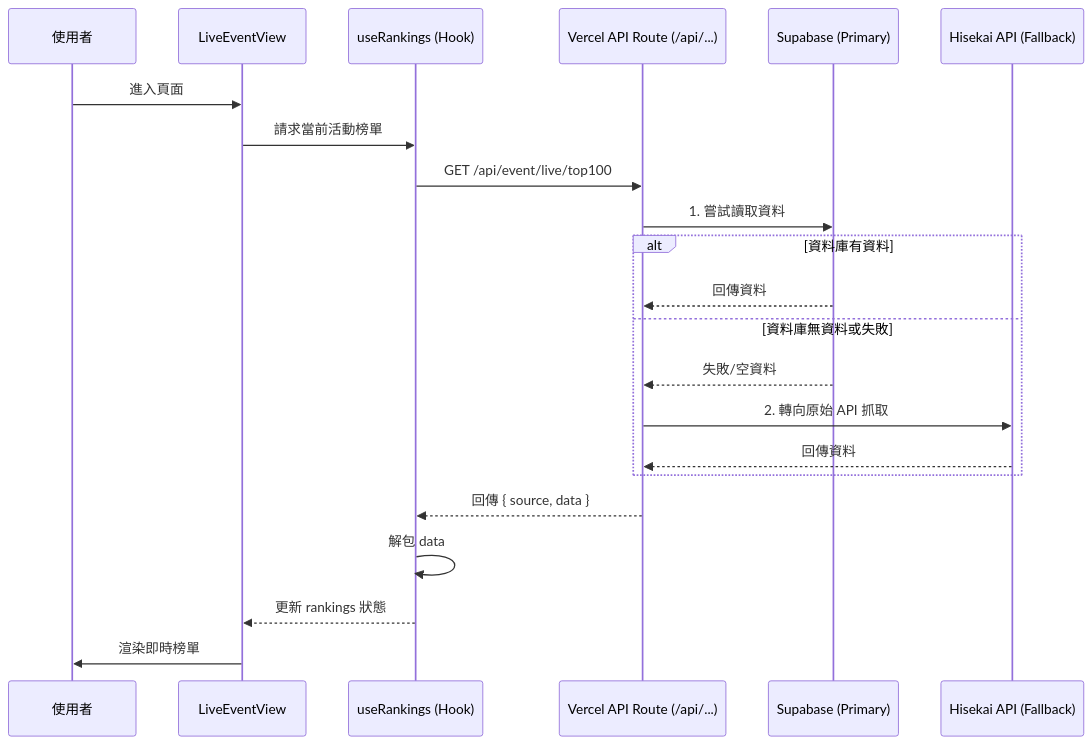
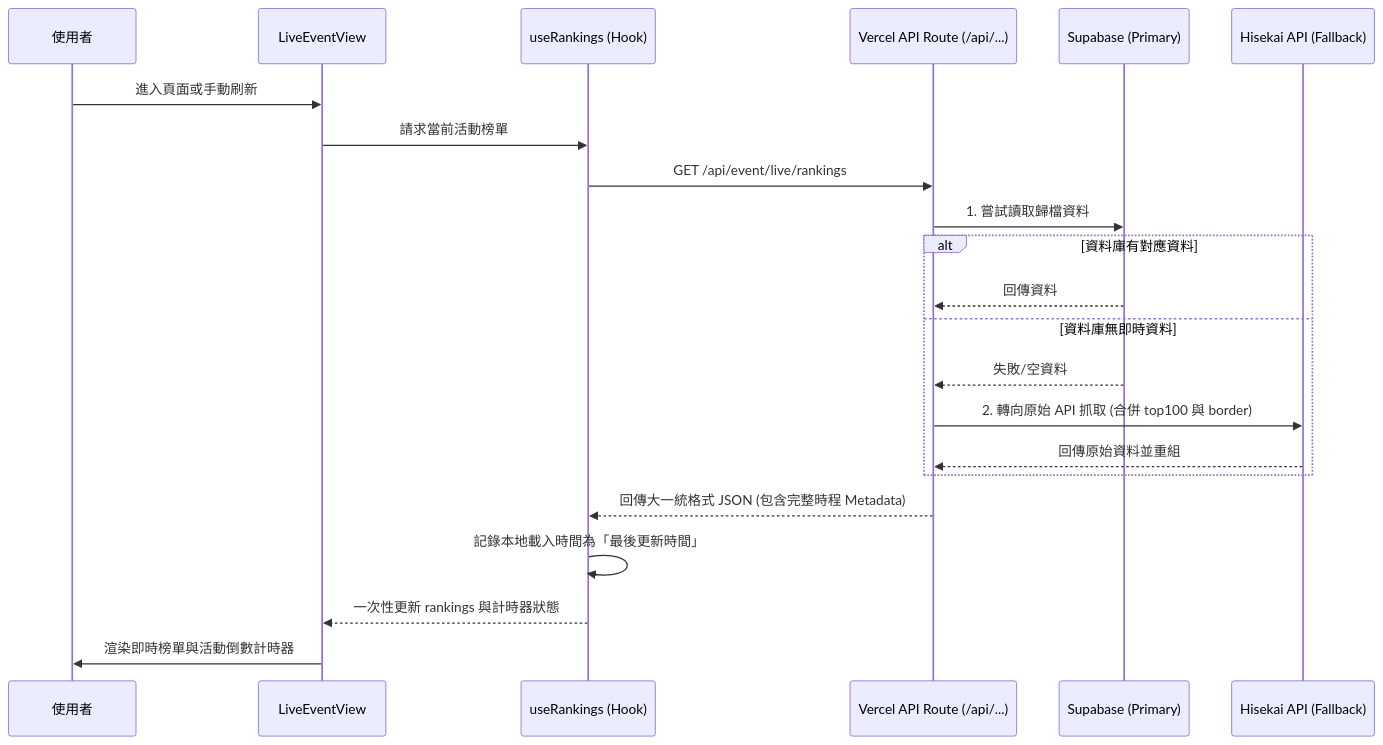
The diagram in docs/PAGE_LIVE_EVENT.md (rockzerox/Project-Sekai-Ranking), drawn with Mermaid before and after one commit. The commit also changed other lines of this file and 26 other files, not shown here.

First line of the commit message:
refactor: API unification and timer metadata fixes

````diff
--- a/docs/PAGE_LIVE_EVENT.md
+++ b/docs/PAGE_LIVE_EVENT.md
@@ -164,25 +162,25 @@
 ```mermaid
 sequenceDiagram
     participant User as 使用者
     participant View as LiveEventView
     participant Hook as useRankings (Hook)
     participant API as Vercel API Route (/api/...)
     participant Supabase as Supabase (Primary)
     participant Hisekai as Hisekai API (Fallback)
 
-    User->>View: 進入頁面
+    User->>View: 進入頁面或手動刷新
     View->>Hook: 請求當前活動榜單
-    Hook->>API: GET /api/event/live/top100
-    API->>Supabase: 1. 嘗試讀取資料
-    alt 資料庫有資料
+    Hook->>API: GET /api/event/live/rankings
+    API->>Supabase: 1. 嘗試讀取歸檔資料
+    alt 資料庫有對應資料
         Supabase-->>API: 回傳資料
-    else 資料庫無資料或失敗
+    else 資料庫無即時資料
         Supabase-->>API: 失敗/空資料
-        API->>Hisekai: 2. 轉向原始 API 抓取
-        Hisekai-->>API: 回傳資料
+        API->>Hisekai: 2. 轉向原始 API 抓取 (合併 top100 與 border)
+        Hisekai-->>API: 回傳原始資料並重組
     end
-    API-->>Hook: 回傳 { source, data }
-    Hook->>Hook: 解包 data
-    Hook-->>View: 更新 rankings 狀態
-    View->>User: 渲染即時榜單
+    API-->>Hook: 回傳大一統格式 JSON (包含完整時程 Metadata)
+    Hook->>Hook: 記錄本地載入時間為「最後更新時間」
+    Hook-->>View: 一次性更新 rankings 與計時器狀態
+    View->>User: 渲染即時榜單與活動倒數計時器
 ```
````
